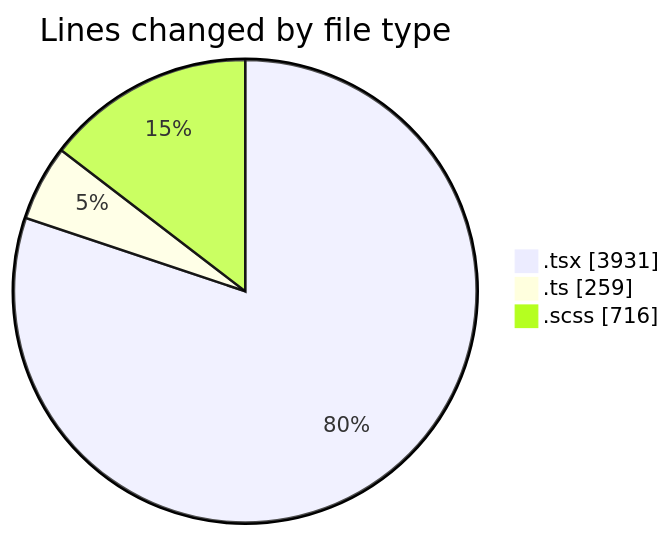
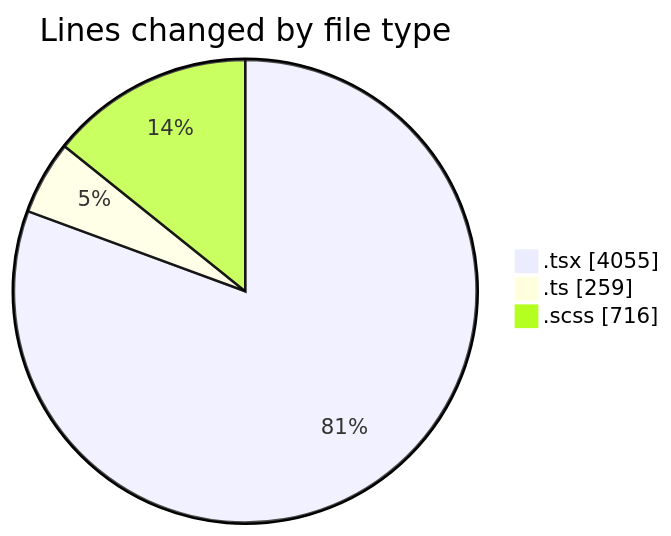
One commit to momahboobian/code-tracking changed the first of 2 diagrams in 2025-09-15/cda/README.md. Above: the diagram before and after it, drawn with Mermaid. The commit also changed other lines of this file and 1 other file, not shown here.

````diff
--- a/2025-09-15/cda/README.md
+++ b/2025-09-15/cda/README.md
@@ -26,7 +26,7 @@
 ```mermaid
 pie showData
 title Lines changed by file type
-".tsx" : 3931
+".tsx" : 4055
 ".ts" : 259
 ".scss" : 716
 ```
````
